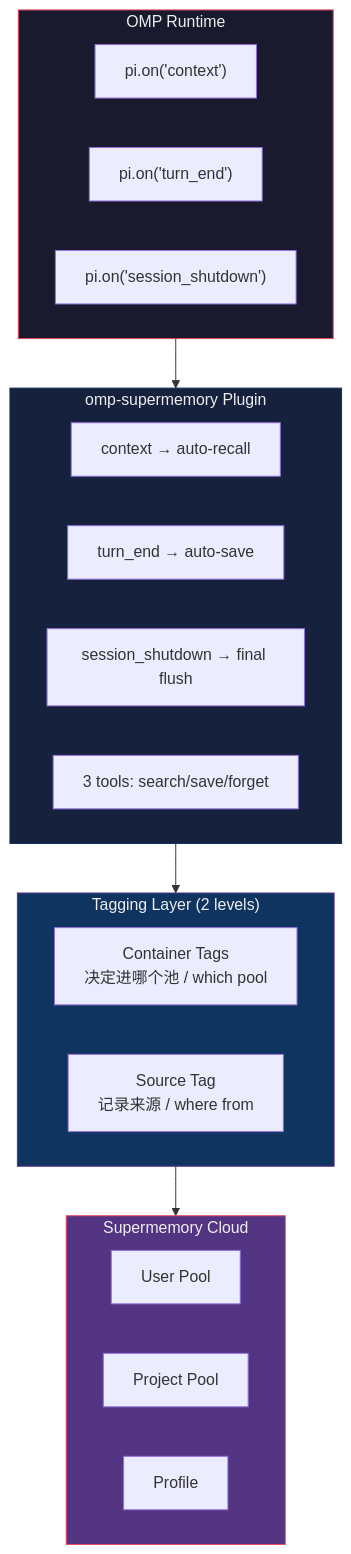
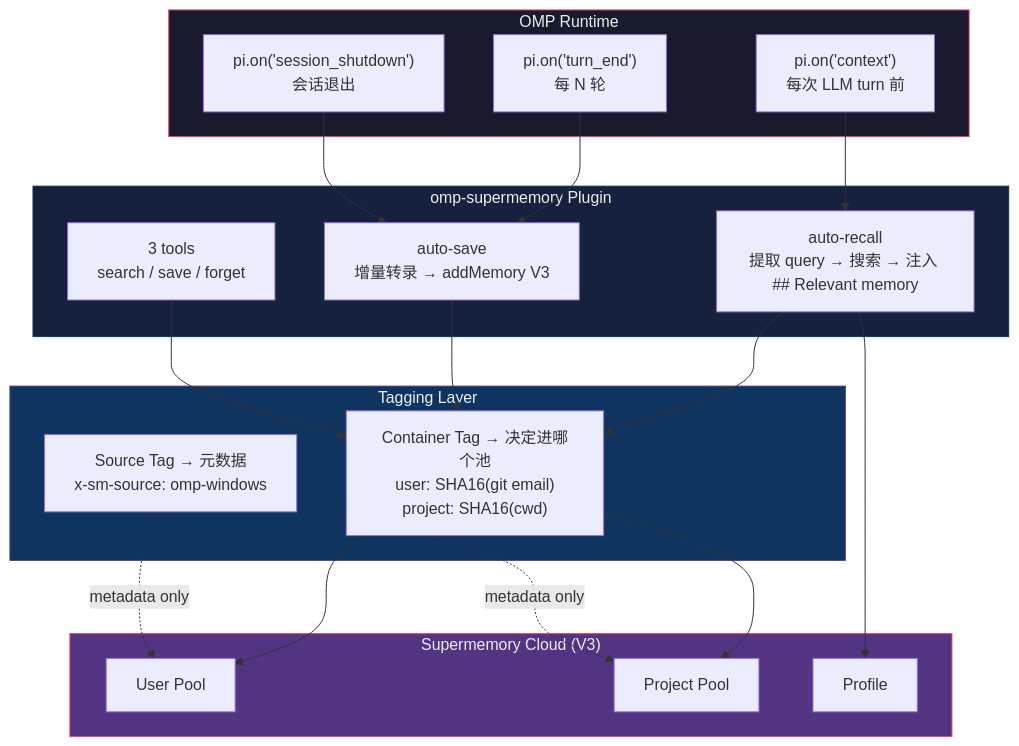
The diagram in README.md (Loveacup/omp-supermemory), drawn with Mermaid before and after one commit. The commit also changed other lines of this file, not shown here.

Commit message:
docs: v2.0.1 README — multi-machine architecture, Hermes shared pools, P0/P1 status

````diff
--- a/README.md
+++ b/README.md
@@ -137,35 +151,42 @@
 ```mermaid
 flowchart TB
     subgraph OMP["OMP Runtime"]
-        CTX["pi.on('context')"]
-        TURN["pi.on('turn_end')"]
-        SHUT["pi.on('session_shutdown')"]
+        CTX["pi.on('context')<br/>每次 LLM turn 前"]
+        TURN["pi.on('turn_end')<br/>每 N 轮"]
+        SHUT["pi.on('session_shutdown')<br/>会话退出"]
     end
 
     subgraph PLUGIN["omp-supermemory Plugin"]
-        DIR["context → auto-recall"]
-        DIR2["turn_end → auto-save"]
-        DIR3["session_shutdown → final flush"]
-        TOOLS["3 tools: search/save/forget"]
+        RECALL["auto-recall<br/>提取 query → 搜索 → 注入 ## Relevant memory"]
+        SAVE["auto-save<br/>增量转录 → addMemory V3"]
+        TOOLS["3 tools<br/>search / save / forget"]
     end
 
-    subgraph TAGS["Tagging Layer (2 levels)"]
-        CTAGS["Container Tags<br/>决定进哪个池 / which pool"]
-        STAGS["Source Tag<br/>记录来源 / where from"]
+    subgraph TAGS["Tagging Layer"]
+        CTAG["Container Tag → 决定进哪个池<br/>user: SHA16(git email)<br/>project: SHA16(cwd)"]
+        STAG["Source Tag → 元数据<br/>x-sm-source: omp-windows"]
     end
 
-    subgraph SM["Supermemory Cloud"]
+    subgraph SM["Supermemory Cloud (V3)"]
         UPOOL["User Pool"]
         PPOOL["Project Pool"]
         PROFILE["Profile"]
     end
 
-    OMP --> PLUGIN
-    PLUGIN --> TAGS
-    TAGS --> SM
+    CTX --> RECALL
+    TURN --> SAVE
+    SHUT --> SAVE
+    RECALL --> CTAG
+    SAVE --> CTAG
+    TOOLS --> CTAG
+    CTAG --> UPOOL
+    CTAG --> PPOOL
+    RECALL --> PROFILE
+    STAG -.->|"metadata only"| UPOOL
+    STAG -.->|"metadata only"| PPOOL
 
     style OMP fill:#1a1a2e,stroke:#e94560,color:#eee
     style PLUGIN fill:#16213e,stroke:#0f3460,color:#eee
     style TAGS fill:#0f3460,stroke:#533483,color:#eee
     style SM fill:#533483,stroke:#e94560,color:#eee
 ```
````
